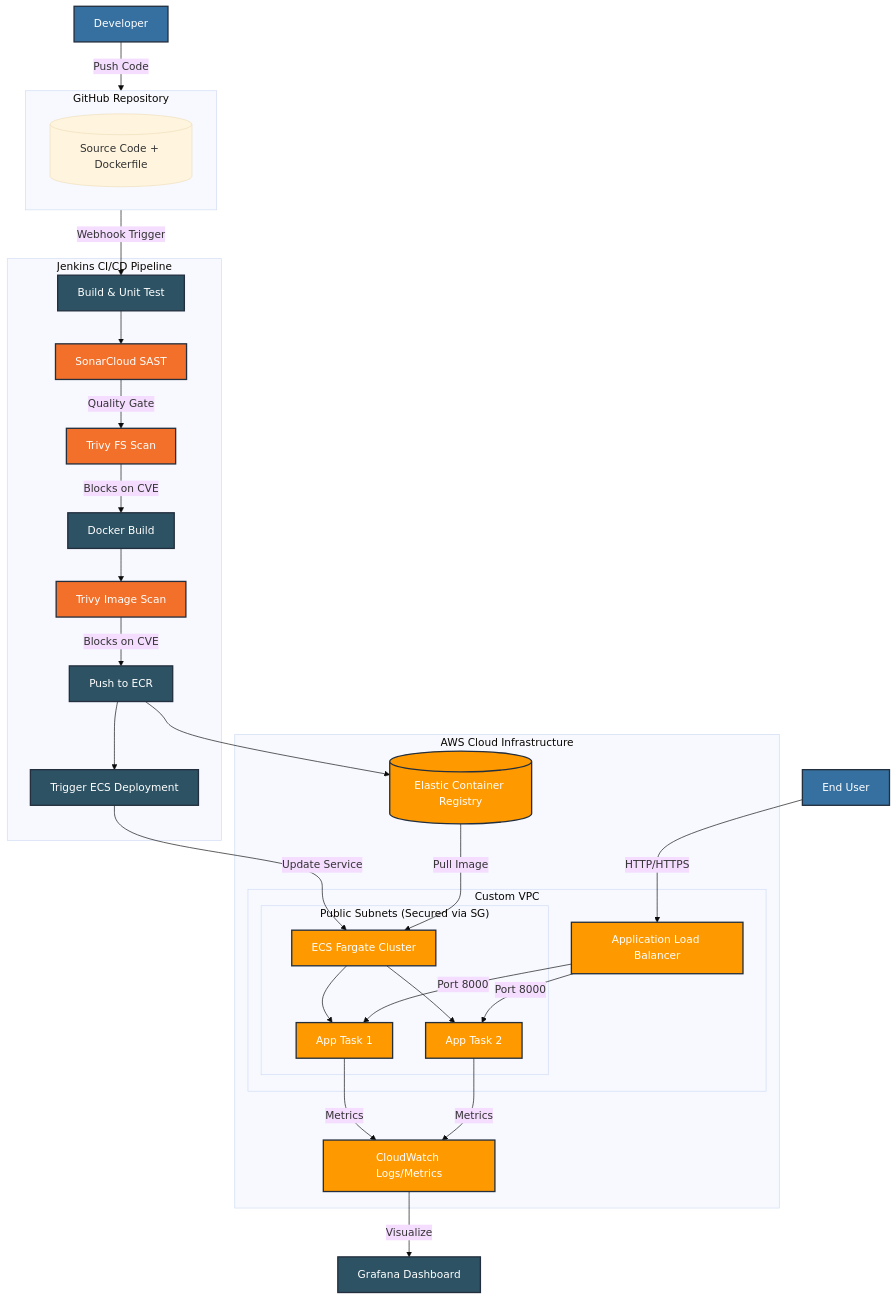
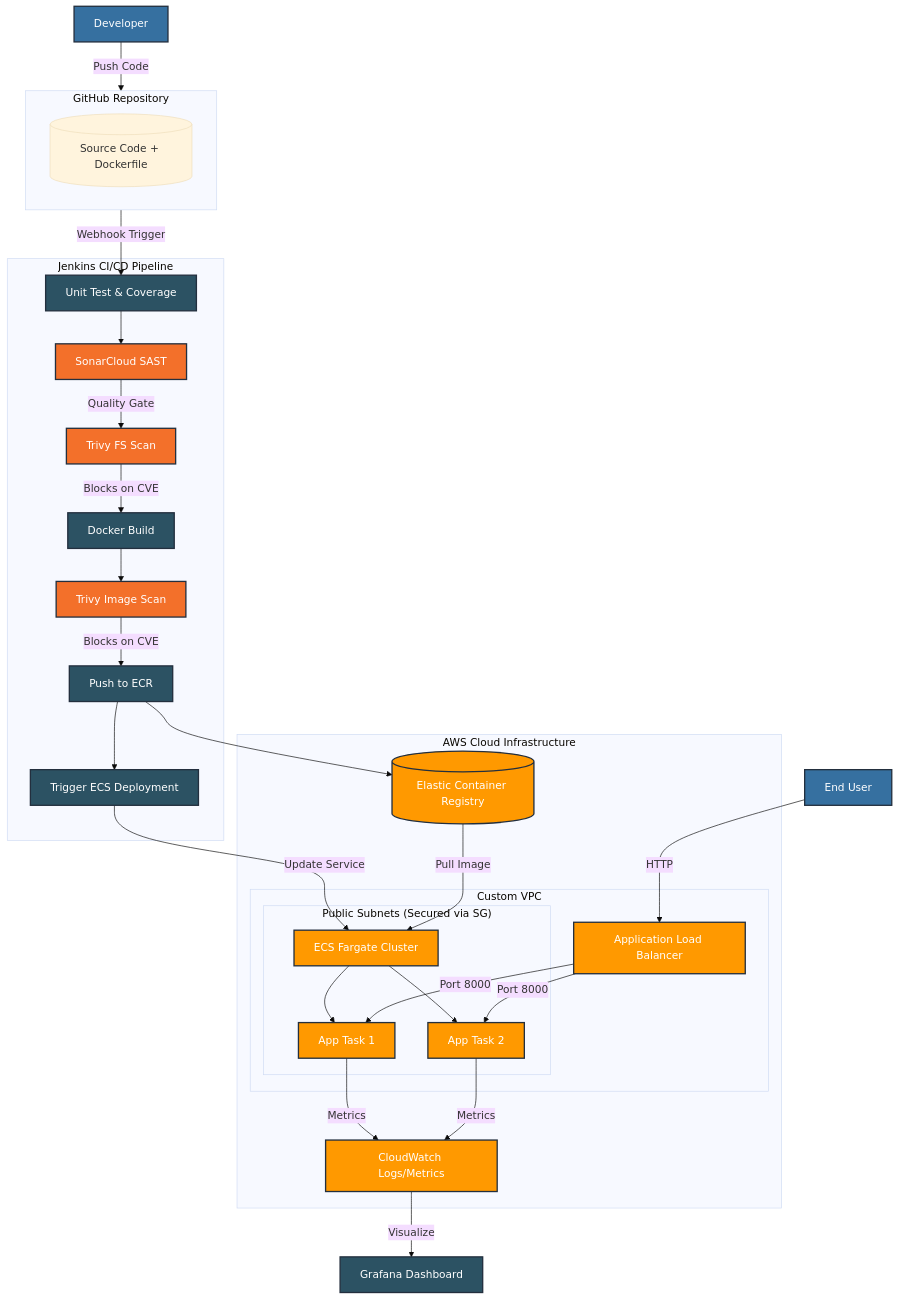
One commit to TanyaRoy1708/ecs-deployment-devopstoolbox changed the diagram in README.md. Above: the diagram before and after it, drawn with Mermaid (base theme). The commit also changed 7 other files, not shown here.

````diff
--- a/README.md
+++ b/README.md
@@ -18,73 +18,73 @@
 ```mermaid
 flowchart TD
     %% Define Styles
     classDef aws fill:#FF9900,stroke:#232F3E,stroke-width:2px,color:white;
     classDef devops fill:#2C5263,stroke:#232F3E,stroke-width:2px,color:white;
     classDef security fill:#F3702A,stroke:#232F3E,stroke-width:2px,color:white;
     classDef user fill:#3670A0,stroke:#232F3E,stroke-width:2px,color:white;
 
     %% Actors
     Dev[Developer]:::user
     EndUser[End User]:::user
 
     %% Source Control
     subgraph GitHub [GitHub Repository]
         Code[(Source Code + Dockerfile)]
     end
 
     %% CI/CD Pipeline
     subgraph Pipeline [Jenkins CI/CD Pipeline]
-        Build[Build & Unit Test]:::devops
+        Build[Unit Test & Coverage]:::devops
         Sonar[SonarCloud SAST]:::security
         TrivyFS[Trivy FS Scan]:::security
         DockerBuild[Docker Build]:::devops
         TrivyImage[Trivy Image Scan]:::security
         Push[Push to ECR]:::devops
         Deploy[Trigger ECS Deployment]:::devops
     end
 
     %% AWS Infrastructure
     subgraph AWS [AWS Cloud Infrastructure]
         ECR[(Elastic Container Registry)]:::aws
         
         subgraph VPC [Custom VPC]
             ALB[Application Load Balancer]:::aws
             
             subgraph Public Subnets ["Public Subnets (Secured via SG)"]
                 ECS[ECS Fargate Cluster]:::aws
                 Task1[App Task 1]:::aws
                 Task2[App Task 2]:::aws
                 ECS --> Task1
                 ECS --> Task2
             end
         end
         
         CW[CloudWatch Logs/Metrics]:::aws
     end
 
     %% Observability
     Grafana[Grafana Dashboard]:::devops
 
     %% Flows
     Dev -->|Push Code| GitHub
     GitHub -->|Webhook Trigger| Build
     
     Build --> Sonar
     Sonar -->|Quality Gate| TrivyFS
     TrivyFS -->|Blocks on CVE| DockerBuild
     DockerBuild --> TrivyImage
     TrivyImage -->|Blocks on CVE| Push
     Push --> ECR
     Push --> Deploy
     
     Deploy -->|Update Service| ECS
     ECR -->|Pull Image| ECS
     
-    EndUser -->|HTTP/HTTPS| ALB
+    EndUser -->|HTTP| ALB
     ALB -->|Port 8000| Task1
     ALB -->|Port 8000| Task2
     
     Task1 -->|Metrics| CW
     Task2 -->|Metrics| CW
     CW -->|Visualize| Grafana
 ```
````
